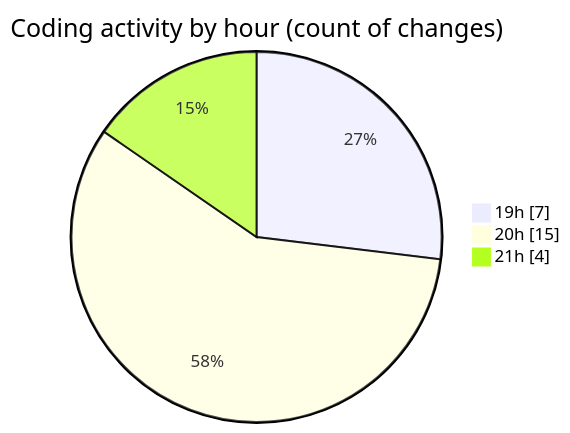
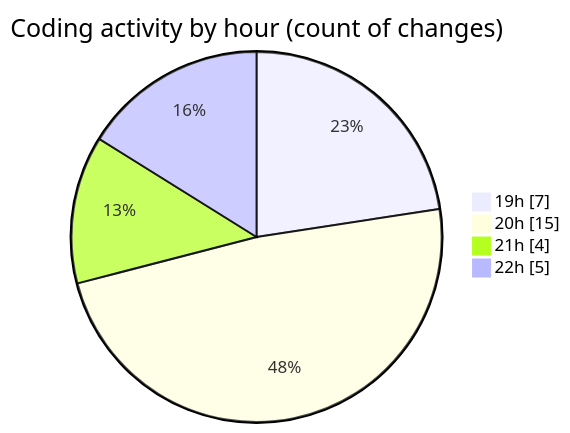
One commit to EIIisD/code-tracking changed the second of 2 diagrams in 2025-07-10/fish/README.md. Above: the diagram before and after it, drawn with Mermaid. The commit also changed other lines of this file and 1 other file, not shown here.

````diff
--- a/2025-07-10/fish/README.md
+++ b/2025-07-10/fish/README.md
@@ -38,7 +40,8 @@
 ```mermaid
 pie showData
 title Coding activity by hour (count of changes)
 "19h" : 7
 "20h" : 15
 "21h" : 4
+"22h" : 5
 ```
````
